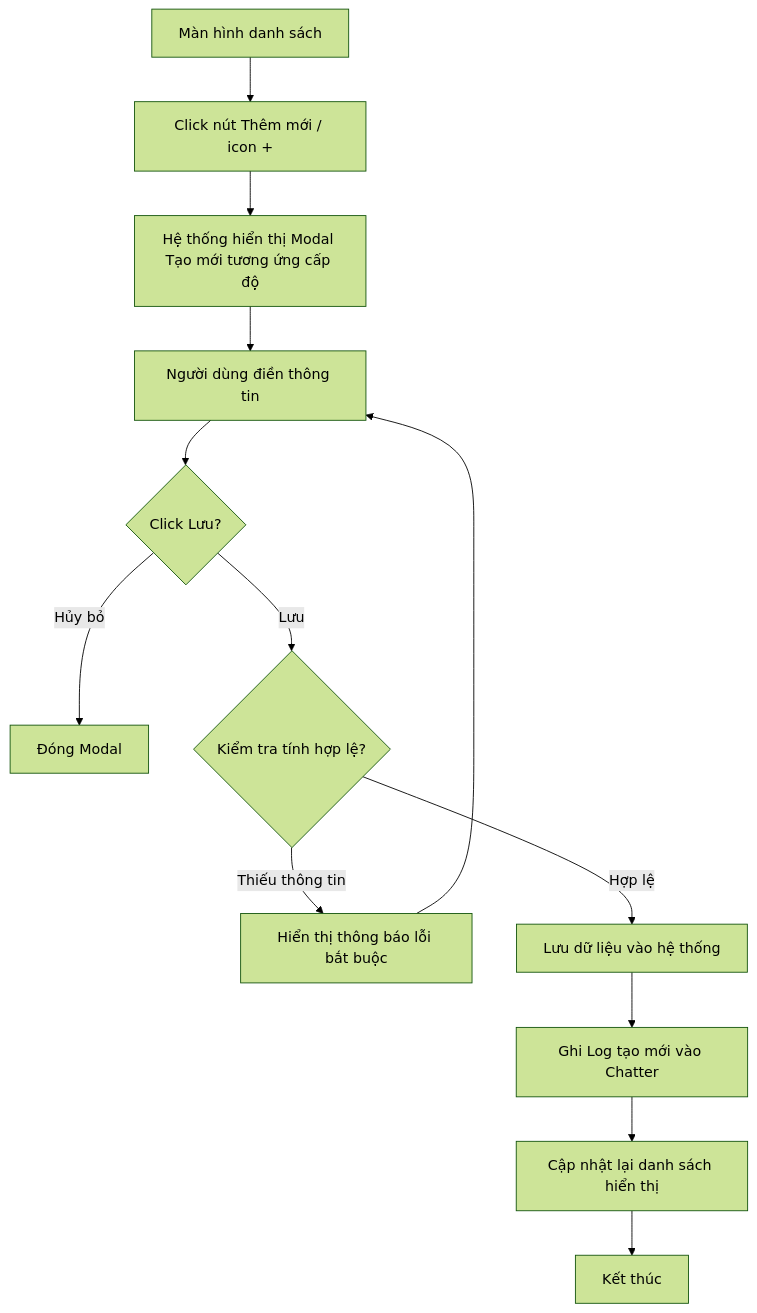
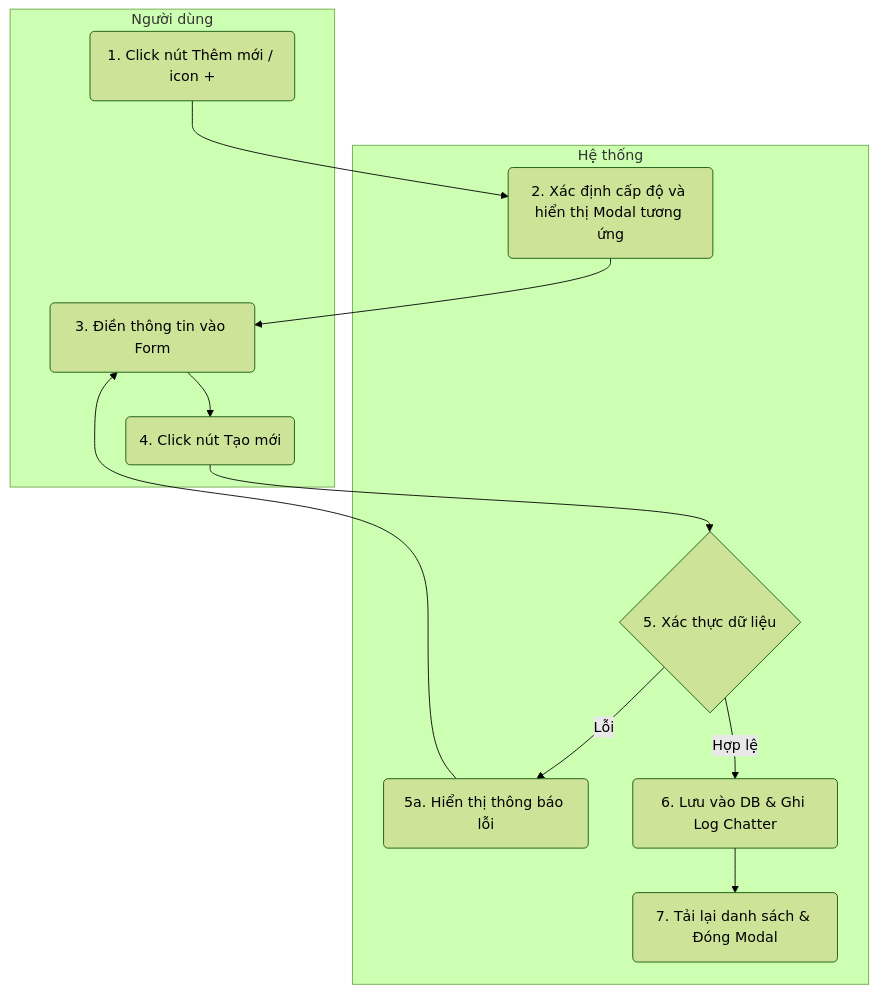
Before and after one commit to lyndao197/liteerp: the diagram in Prd_Them_Moi_San_Pham.md, drawn with Mermaid (forest theme). The commit also changed other lines of this file and 4 other files, not shown here.

Commit message:
docs: Cập nhật format PRD sang chuẩn BMAD và fix UI Input

````diff
--- a/Prd_Them_Moi_San_Pham.md
+++ b/Prd_Them_Moi_San_Pham.md
@@ -13,15 +13,25 @@
 ```mermaid
 flowchart TD
-    A[Màn hình danh sách] --> B[Click nút Thêm mới / icon +]
-    B --> C[Hệ thống hiển thị Modal Tạo mới tương ứng cấp độ]
-    C --> D[Người dùng điền thông tin]
-    D --> E{Click Lưu?}
-    E -->|Hủy bỏ| F[Đóng Modal]
-    E -->|Lưu| G{Kiểm tra tính hợp lệ?}
-    G -->|Thiếu thông tin| H[Hiển thị thông báo lỗi bắt buộc]
-    H --> D
-    G -->|Hợp lệ| I[Lưu dữ liệu vào hệ thống]
-    I --> J[Ghi Log tạo mới vào Chatter]
-    J --> K[Cập nhật lại danh sách hiển thị]
-    K --> L[Kết thúc]
+    subgraph User [Người dùng]
+        A(1. Click nút Thêm mới / icon +)
+        C(3. Điền thông tin vào Form)
+        D(4. Click nút Tạo mới)
+    end
+
+    subgraph System [Hệ thống]
+        B(2. Xác định cấp độ và hiển thị Modal tương ứng)
+        E{5. Xác thực dữ liệu}
+        F(5a. Hiển thị thông báo lỗi)
+        G(6. Lưu vào DB & Ghi Log Chatter)
+        H(7. Tải lại danh sách & Đóng Modal)
+    end
+
+    A --> B
+    B --> C
+    C --> D
+    D --> E
+    E -->|Lỗi| F
+    F --> C
+    E -->|Hợp lệ| G
+    G --> H
 ```
````
